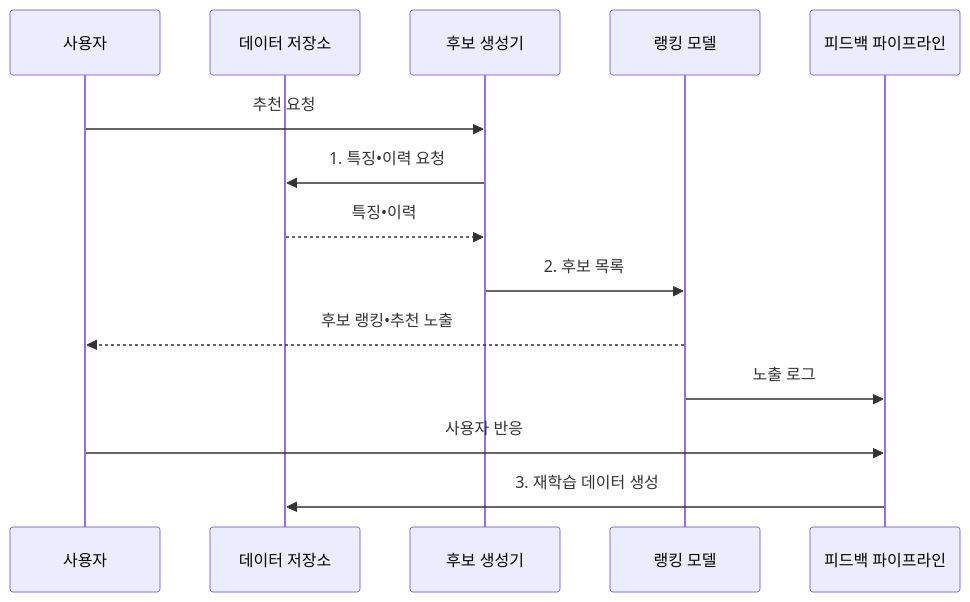
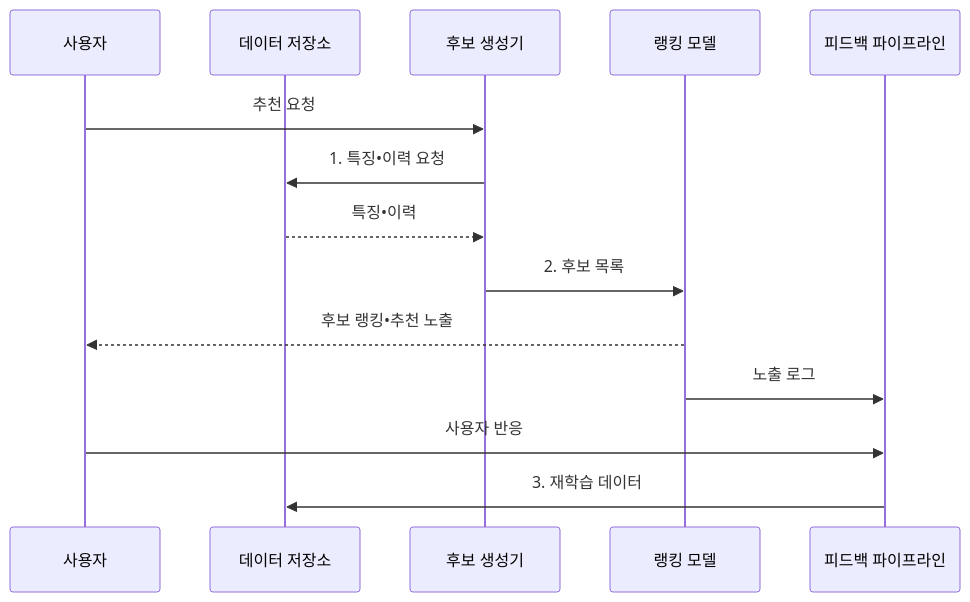
The second of 2 diagrams in src/content/docs/notes/01-basic-theory/054_recommendation_system.md (agnusdei1207/knowledge-base), drawn with Mermaid before and after one commit. The commit also changed other lines of this file and 17 other files, not shown here.

````diff
--- a/src/content/docs/notes/01-basic-theory/054_recommendation_system.md
+++ b/src/content/docs/notes/01-basic-theory/054_recommendation_system.md
@@ -87,16 +89,16 @@
 ```mermaid
 sequenceDiagram
     participant U as 사용자
     participant D as 데이터 저장소
     participant C as 후보 생성기
     participant R as 랭킹 모델
     participant P as 피드백 파이프라인
     U->>C: 추천 요청
     C->>D: 1. 특징•이력 요청
     D-->>C: 특징•이력
     C->>R: 2. 후보 목록
     R-->>U: 후보 랭킹•추천 노출
     R->>P: 노출 로그
     U->>P: 사용자 반응
-    P->>D: 3. 재학습 데이터 생성
+    P->>D: 3. 재학습 데이터
 ```
````
